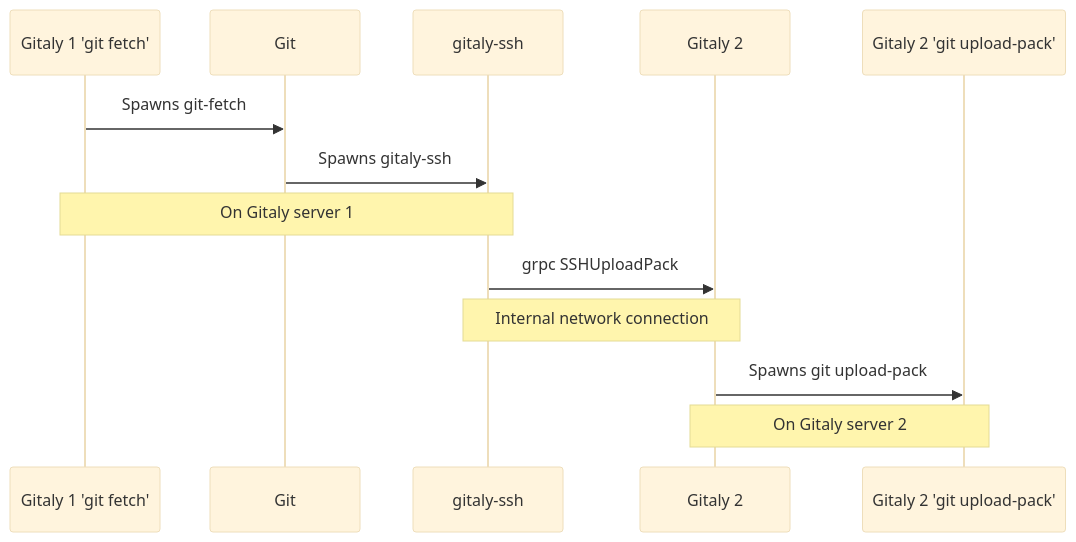
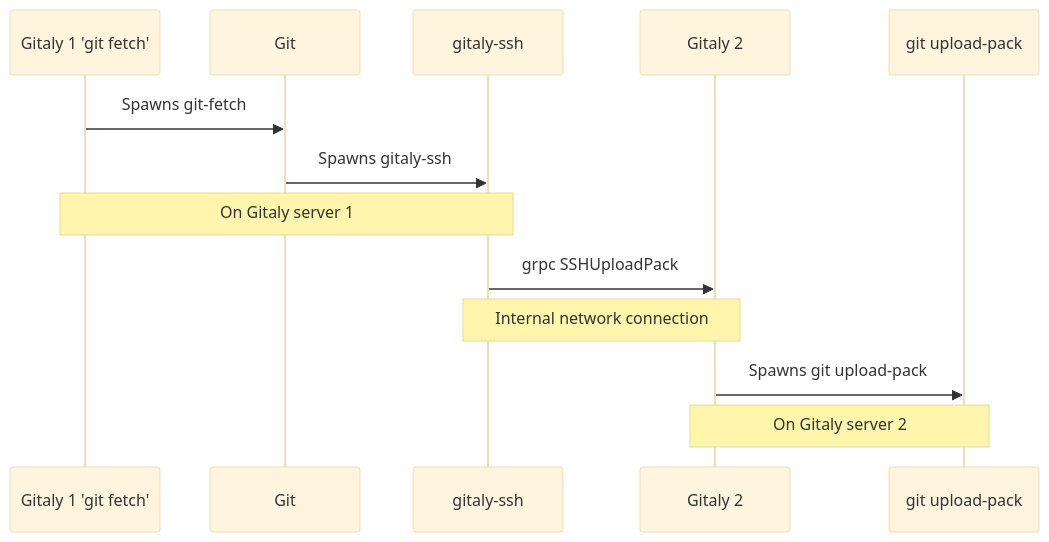
One commit to qeesung/gitaly changed the second of 2 diagrams in cmd/gitaly-ssh/README.md. Above: the diagram before and after it, drawn with Mermaid (base theme). The commit also changed other lines of this file, not shown here.

````diff
--- a/cmd/gitaly-ssh/README.md
+++ b/cmd/gitaly-ssh/README.md
@@ -41,18 +41,18 @@
 ```mermaid
 sequenceDiagram
   participant Gitaly1 as Gitaly 1 'git fetch'
   participant Gitaly1Git as Git
   participant GitalySSH as gitaly-ssh
   participant Gitaly2 as Gitaly 2
-  participant Gitaly2Git as Gitaly 2 'git upload-pack'
+  participant Gitaly2Git as git upload-pack
 
   Gitaly1 ->> Gitaly1Git: Spawns git-fetch
   Gitaly1Git ->> GitalySSH: Spawns gitaly-ssh
   Note over Gitaly1,GitalySSH: On Gitaly server 1
 
   GitalySSH ->> Gitaly2: grpc SSHUploadPack
   Note over GitalySSH,Gitaly2: Internal network connection
 
   Gitaly2 ->> Gitaly2Git: Spawns git upload-pack
   Note over Gitaly2,Gitaly2Git: On Gitaly server 2
 ```
````
